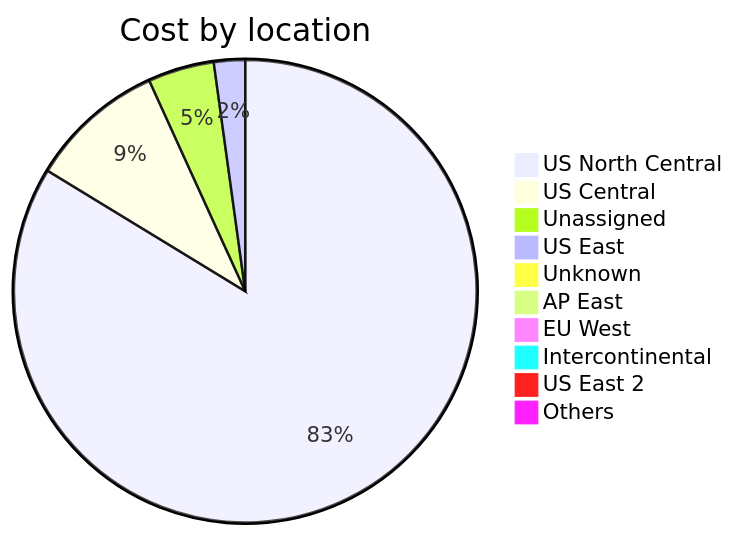
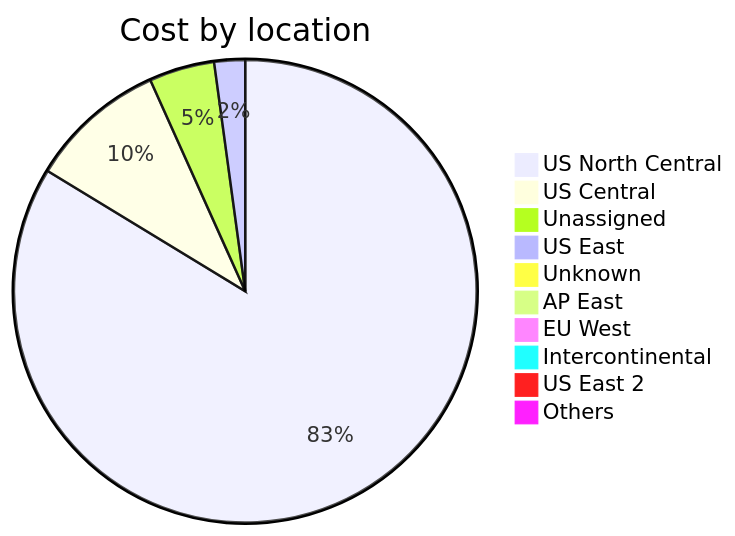
Before and after one commit to jpfulton/azure-personal-reports: the third of 4 diagrams in cost-reports/accumulated-cost.md, drawn with Mermaid. The commit also changed other lines of this file and 4 other files, not shown here.

````diff
--- a/cost-reports/accumulated-cost.md
+++ b/cost-reports/accumulated-cost.md
@@ -132,14 +132,14 @@
 ```mermaid
 pie
    title Cost by location
-   "US North Central" : 215.64
-   "US Central" : 24.42
-   "Unassigned" : 11.91
-   "US East" : 5.62
-   "Unknown" : 1.12
+   "US North Central" : 218.76
+   "US Central" : 25.02
+   "Unassigned" : 11.94
+   "US East" : 5.63
+   "Unknown" : 1.17
    "AP East" : 0.00
    "EU West" : 0.00
    "Intercontinental" : 0.00
    "US East 2" : 0.00
    "Others" : 0.00
 ```
````
